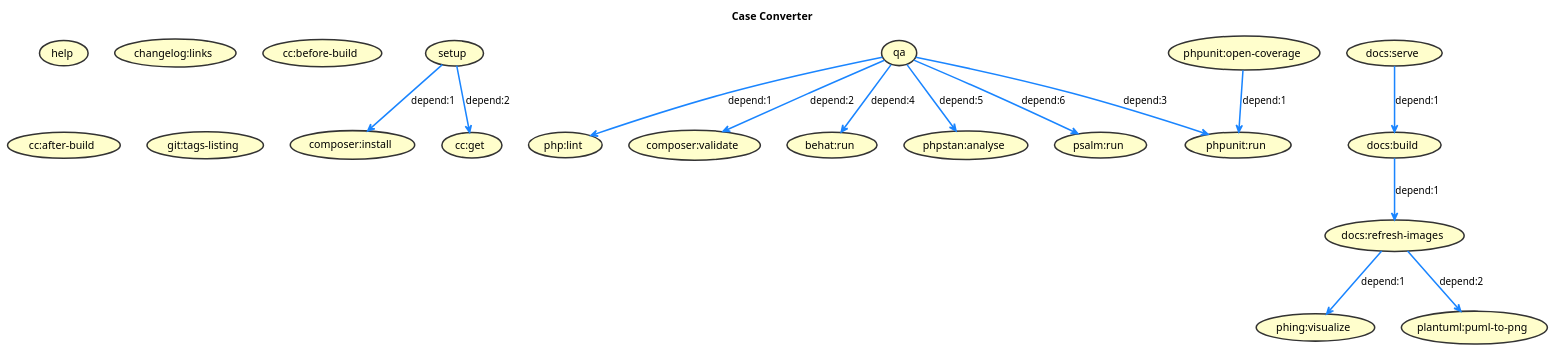
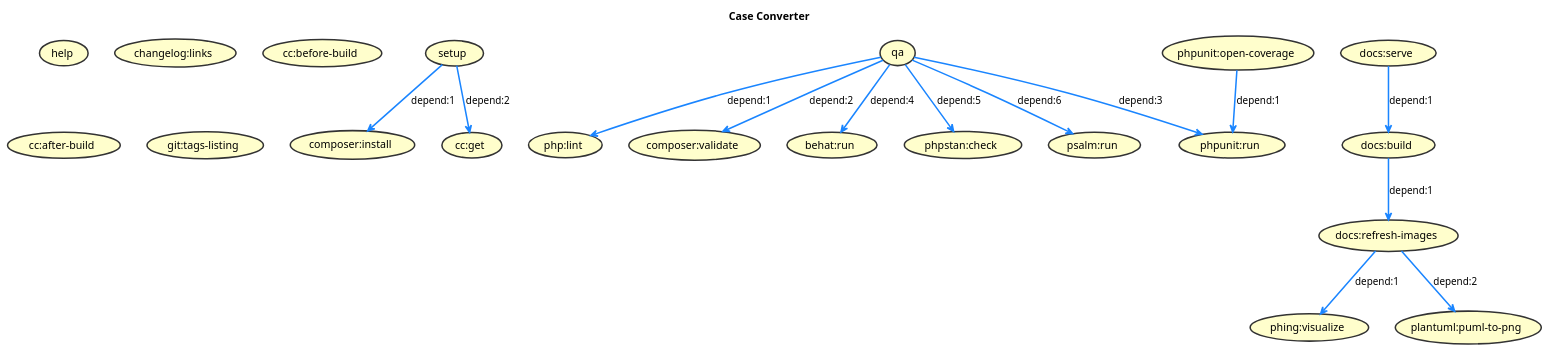
The diagram in docs/images/build.puml (jawira/case-converter), drawn with PlantUML before and after one commit. The commit also changed 28 other files, not shown here.

```diff
--- a/docs/images/build.puml
+++ b/docs/images/build.puml
@@ -1,54 +1,54 @@
 @startuml
 
 title
 Case Converter
 end title
 
 top to bottom direction
 
 skinparam Shadowing false
 skinparam ArrowFontColor Black
 skinparam ArrowThickness 2
 skinparam UseCaseBackgroundColor #FFFECC
 skinparam UseCaseBorderColor #333333
 skinparam UseCaseBorderThickness 2
 skinparam UseCaseFontColor Black
 
 
 (setup) -[#1A85FF]-> (composer:install) : depend:1
 (setup) -[#1A85FF]-> (cc:get) : depend:2
 (qa) -[#1A85FF]-> (php:lint) : depend:1
 (qa) -[#1A85FF]-> (composer:validate) : depend:2
 (qa) -[#1A85FF]-> (phpunit:run) : depend:3
 (qa) -[#1A85FF]-> (behat:run) : depend:4
-(qa) -[#1A85FF]-> (phpstan:analyse) : depend:5
+(qa) -[#1A85FF]-> (phpstan:check) : depend:5
 (qa) -[#1A85FF]-> (psalm:run) : depend:6
 (docs:refresh-images) -[#1A85FF]-> (phing:visualize) : depend:1
 (docs:refresh-images) -[#1A85FF]-> (plantuml:puml-to-png) : depend:2
 (phpunit:open-coverage) -[#1A85FF]-> (phpunit:run) : depend:1
 (docs:serve) -[#1A85FF]-> (docs:build) : depend:1
 (docs:build) -[#1A85FF]-> (docs:refresh-images) : depend:1
 (help)
 (setup)
 (qa)
 (docs:refresh-images)
 (composer:validate)
 (composer:install)
 (phpunit:open-coverage)
 (php:lint)
 (behat:run)
 (phpunit:run)
 (changelog:links)
 (cc:get)
 (cc:before-build)
 (cc:after-build)
 (plantuml:puml-to-png)
 (git:tags-listing)
 (phing:visualize)
 (docs:serve)
 (docs:build)
 (psalm:run)
-(phpstan:analyse)
+(phpstan:check)
 
 
 @enduml
```
